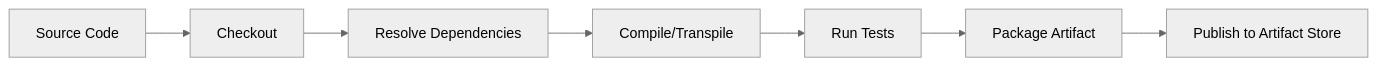
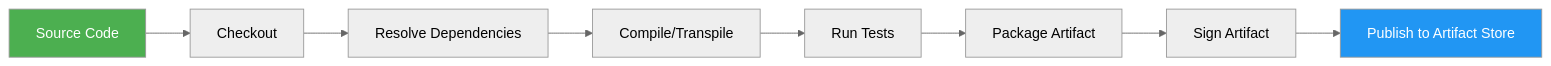
One commit to Raushan666java/ai-engineering-journey changed the sixth of 7 diagrams in docs/courses/software-engineering/10-configuration-management.md. Above: the diagram before and after it, drawn with Mermaid (neutral theme). The commit also changed other lines of this file and 15 other files, not shown here.

Commit message:
deploy: software-engineering overhaul - 16 chapters expanded to avg 1284L (+7649L), richer Mermaid, more TS, deeper content

````diff
--- a/docs/courses/software-engineering/10-configuration-management.md
+++ b/docs/courses/software-engineering/10-configuration-management.md
@@ -158,9 +264,13 @@
 ```mermaid
 graph LR
     SRC[Source Code] --> CHECK[Checkout]
     CHECK --> DEP[Resolve Dependencies]
     DEP --> COMP[Compile/Transpile]
     COMP --> TEST[Run Tests]
     TEST --> PACK[Package Artifact]
-    PACK --> PUB[Publish to Artifact Store]
+    PACK --> SIGN[Sign Artifact]
+    SIGN --> PUB[Publish to Artifact Store]
+    
+    style SRC fill:#4caf50,color:#fff
+    style PUB fill:#2196f3,color:#fff
 ```
````
